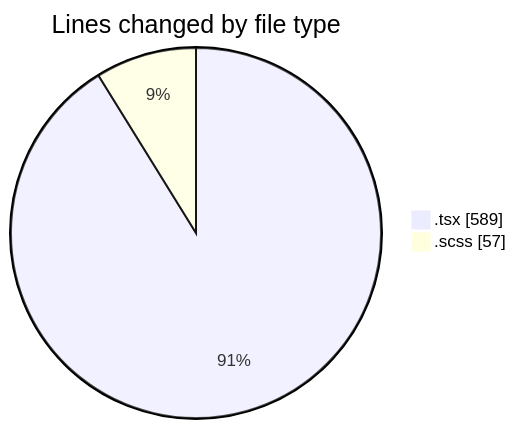
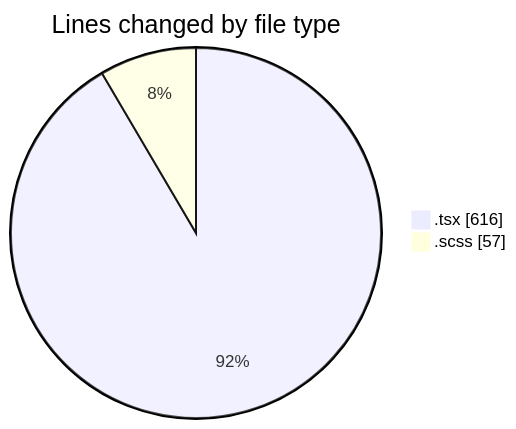
Before and after one commit to momahboobian/code-tracking: the first of 2 diagrams in 2025-04-10/cda/README.md, drawn with Mermaid. The commit also changed other lines of this file and 1 other file, not shown here.

````diff
--- a/2025-04-10/cda/README.md
+++ b/2025-04-10/cda/README.md
@@ -22,6 +22,6 @@
 ```mermaid
 pie showData
 title Lines changed by file type
-".tsx" : 589
+".tsx" : 616
 ".scss" : 57
 ```
````
